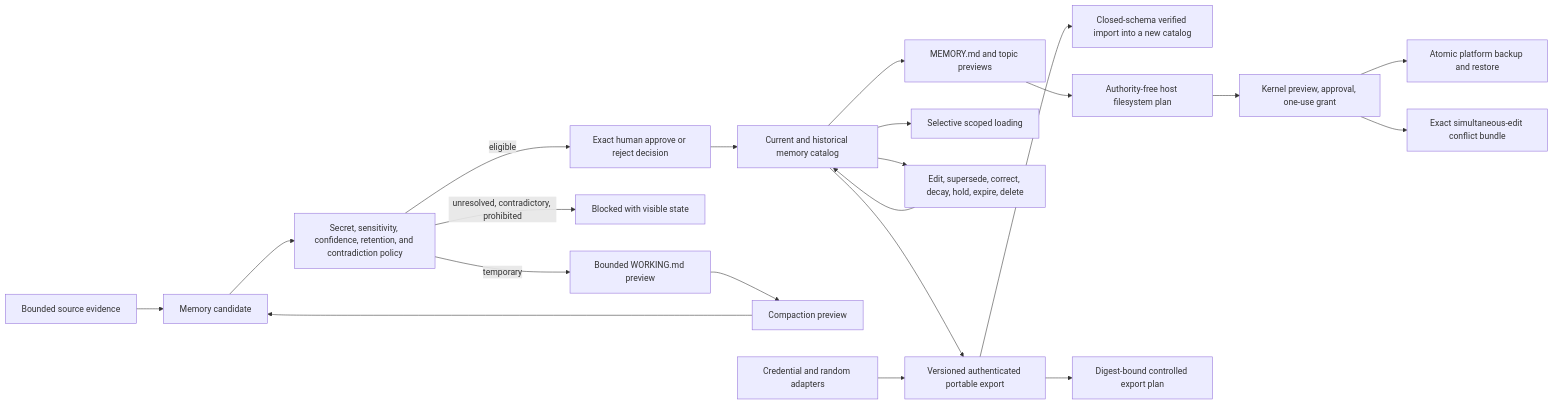
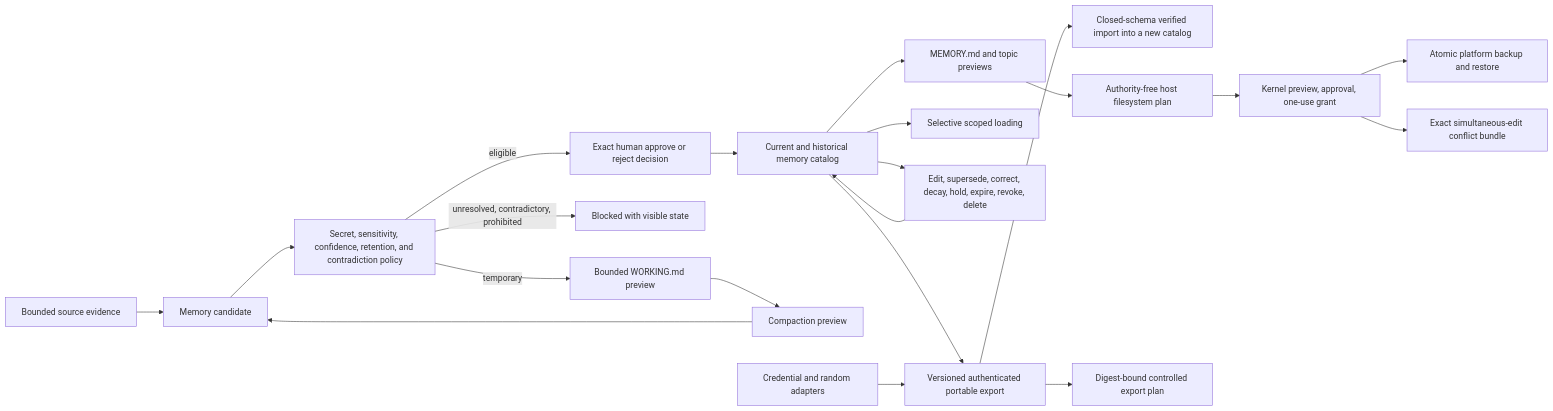
One commit to AaronNHorvitz/AgentMage changed the diagram in docs/architecture/source-backed-memory-boundary.md. Above: the diagram before and after it, drawn with Mermaid. The commit also changed other lines of this file and 23 other files, not shown here.

````diff
--- a/docs/architecture/source-backed-memory-boundary.md
+++ b/docs/architecture/source-backed-memory-boundary.md
@@ -9,23 +9,23 @@
 ```mermaid
 flowchart LR
     S["Bounded source evidence"] --> C["Memory candidate"]
     C --> P["Secret, sensitivity, confidence, retention, and contradiction policy"]
     P -->|"temporary"| W["Bounded WORKING.md preview"]
     P -->|"unresolved, contradictory, prohibited"| B["Blocked with visible state"]
     P -->|"eligible"| H["Exact human approve or reject decision"]
     H --> L["Current and historical memory catalog"]
     L --> M["MEMORY.md and topic previews"]
     L --> R["Selective scoped loading"]
     W --> X["Compaction preview"]
     X --> C
-    L --> T["Edit, supersede, correct, decay, hold, expire, delete"]
+    L --> T["Edit, supersede, correct, decay, hold, expire, revoke, delete"]
     T --> L
     L --> E["Versioned authenticated portable export"]
     E --> I["Closed-schema verified import into a new catalog"]
     M --> F["Authority-free host filesystem plan"]
     F --> KER["Kernel preview, approval, one-use grant"]
     KER --> BAK["Atomic platform backup and restore"]
     KER --> CON["Exact simultaneous-edit conflict bundle"]
     E --> MIG["Digest-bound controlled export plan"]
     K["Credential and random adapters"] --> E
 ```
````
